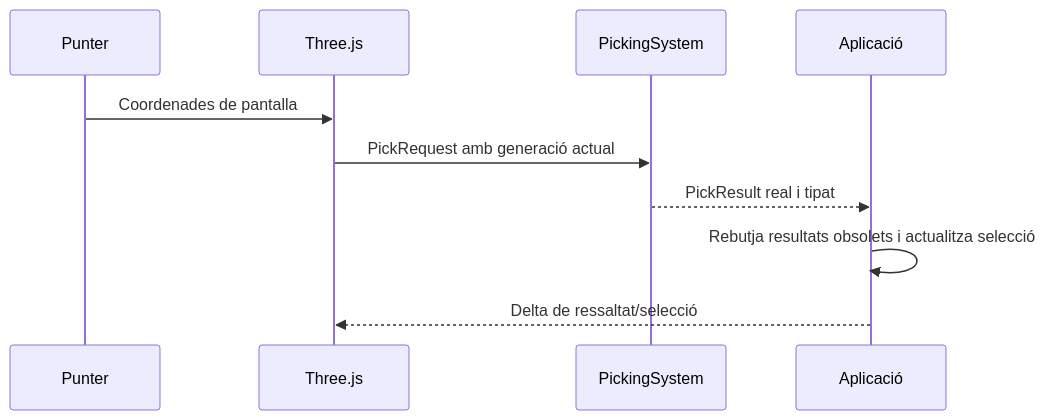
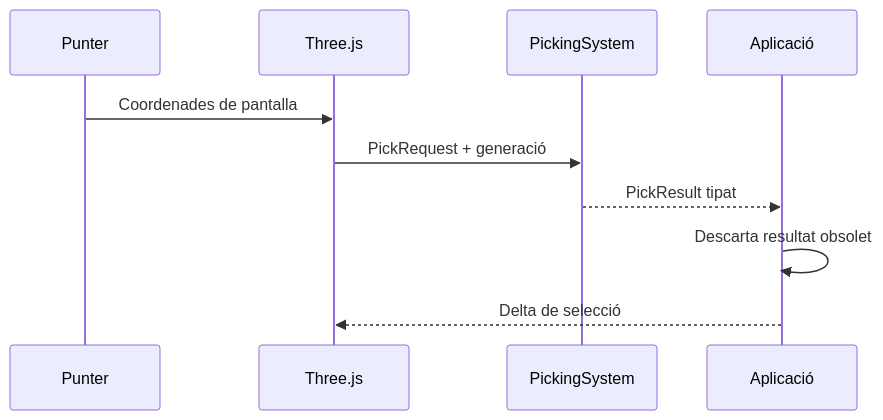
The fifth of 5 diagrams in docs/normes_arquitectura.md (ArcadiaLliure/TerraLab3D), drawn with Mermaid before and after one commit. The commit also changed other lines of this file and 84 other files, not shown here.

````diff
--- a/docs/normes_arquitectura.md
+++ b/docs/normes_arquitectura.md
@@ -257,12 +217,12 @@
 ```mermaid
 sequenceDiagram
     participant P as Punter
     participant T as Three.js
     participant K as PickingSystem
     participant A as Aplicació
     P->>T: Coordenades de pantalla
-    T->>K: PickRequest amb generació actual
-    K-->>A: PickResult real i tipat
-    A->>A: Rebutja resultats obsolets i actualitza selecció
-    A-->>T: Delta de ressaltat/selecció
+    T->>K: PickRequest + generació
+    K-->>A: PickResult tipat
+    A->>A: Descarta resultat obsolet
+    A-->>T: Delta de selecció
 ```
````
